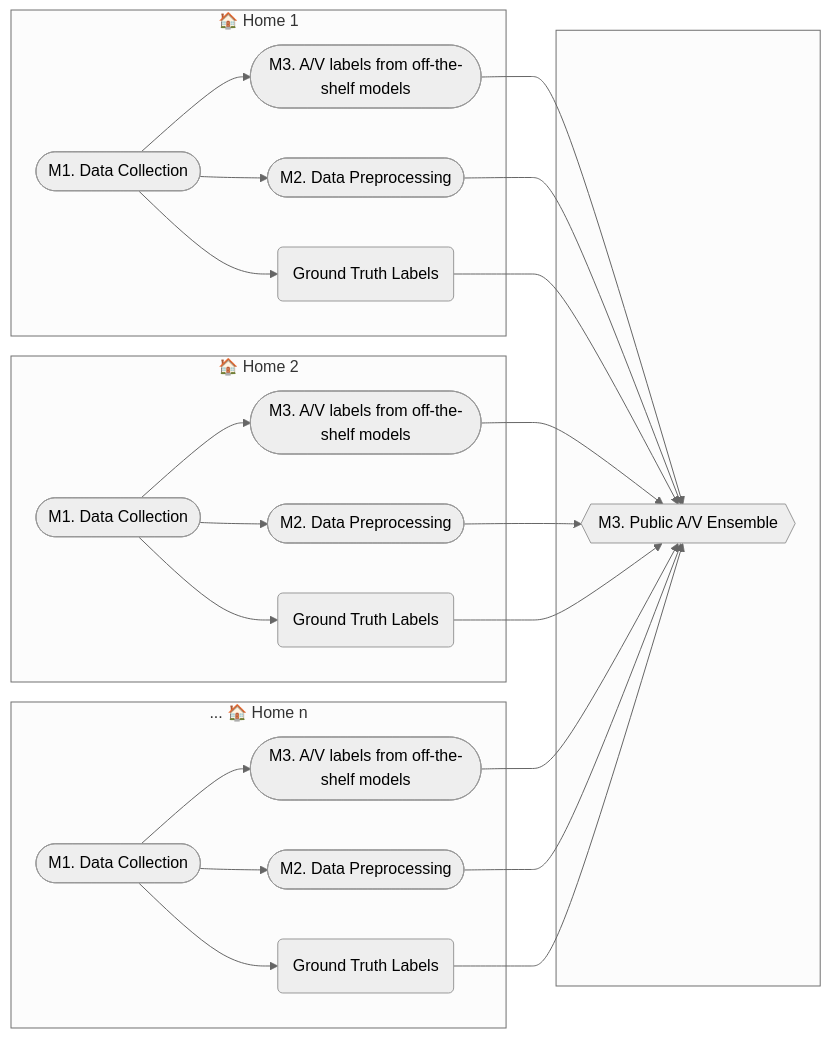
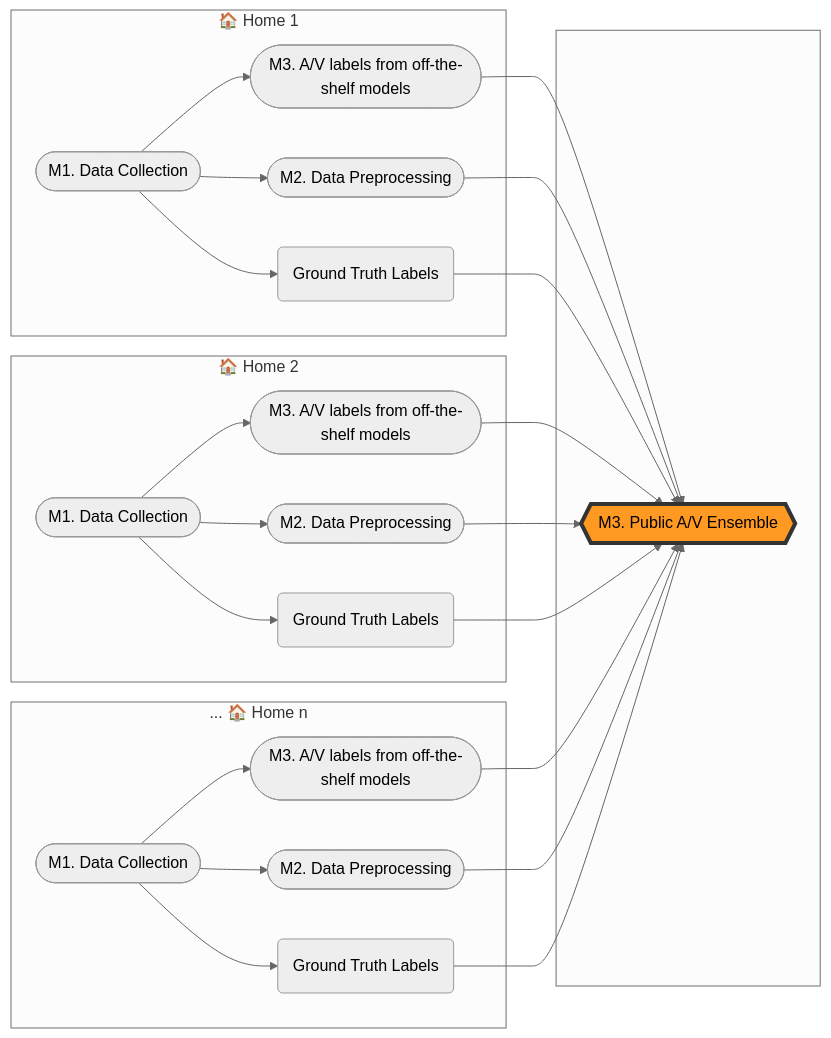
One commit to synergylabs/vax changed the first of 2 diagrams in README.md. Above: the diagram before and after it, drawn with Mermaid (neutral theme). The commit also changed other lines of this file, not shown here.

````diff
--- a/README.md
+++ b/README.md
@@ -57,35 +57,36 @@
 ```mermaid
 %%{init: {"flowchart": {"htmlLabels": false}} }%%
 flowchart LR
     Home1(["M1. Data Collection"])
     AV1(["M3. A/V labels from off-the-shelf models"])
     DP1(["M2. Data Preprocessing"])
     Home2(["M1. Data Collection"])
     AV2(["M3. A/V labels from off-the-shelf models"])
     DP2(["M2. Data Preprocessing"])
     Homen(["M1. Data Collection"])
     AVn(["M3. A/V labels from off-the-shelf models"])
     DPn(["M2. Data Preprocessing"])
     avmodule{{M3. Public A/V Ensemble}}
+    style avmodule fill:#f92,stroke:#333,stroke-width:4px
     gt1(Ground Truth Labels)
     gt2(Ground Truth Labels)
     gtn(Ground Truth Labels)
     subgraph ""  
       avmodule
     end
     subgraph "🏠 Home 1"  
       Home1 --> AV1 --> avmodule
       Home1 --> DP1 --> avmodule
       Home1 --> gt1 --> avmodule
     end
     subgraph "🏠 Home 2"  
       Home2 --> AV2 --> avmodule
       Home2 --> DP2 --> avmodule
       Home2 --> gt2 --> avmodule
     end
     subgraph "... 🏠 Home n"  
       Homen --> AVn --> avmodule
       Homen --> DPn --> avmodule
       Homen --> gtn --> avmodule
     end
 ```
````
